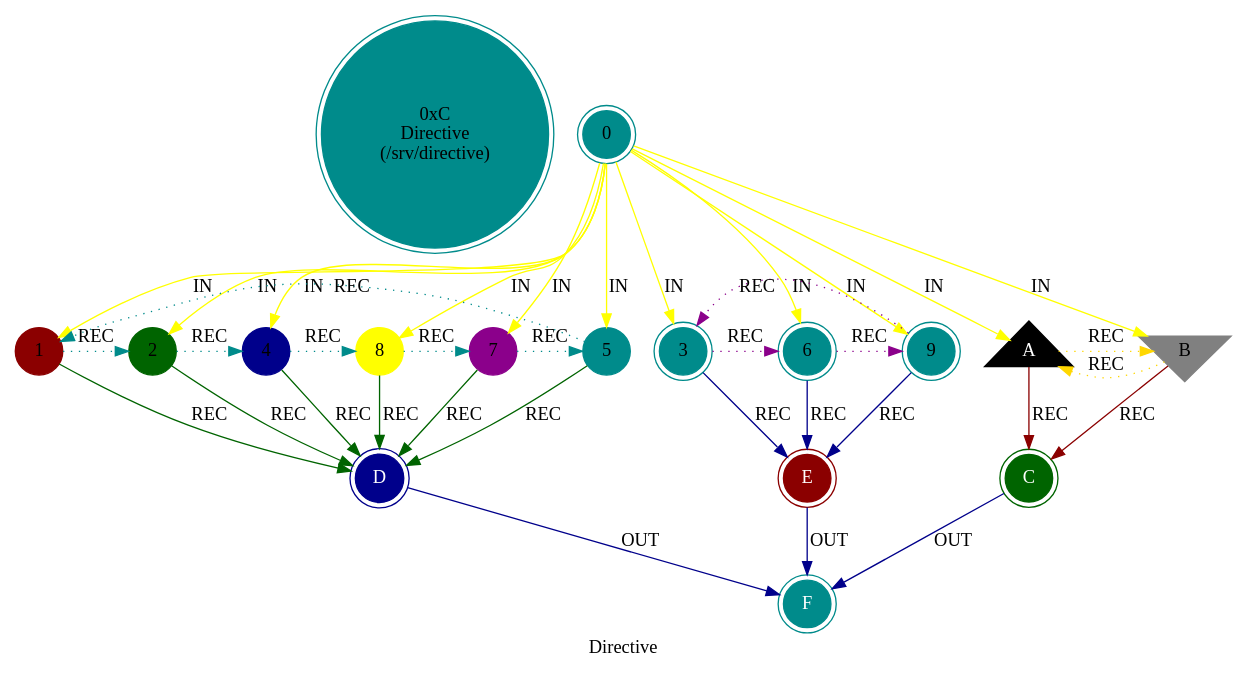
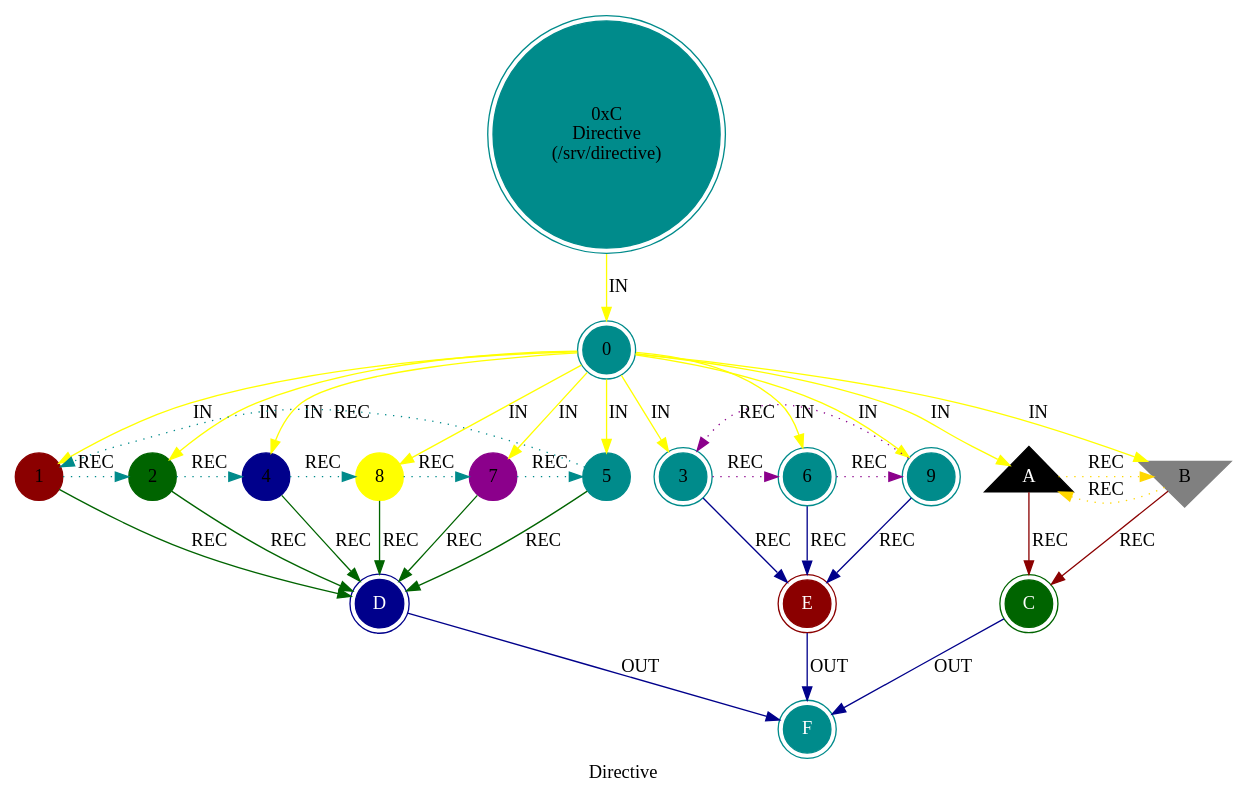
One commit to cilang/mythos changed the diagram in src/core/mythos_srv_directive.dot. Above: the diagram before and after it, drawn with Graphviz. The commit also changed 5 other files, not shown here.

```diff
--- a/src/core/mythos_srv_directive.dot
+++ b/src/core/mythos_srv_directive.dot
@@ -1,44 +1,44 @@
 digraph G {
     label = "Directive";
     style = filled;
     color = red;
     comment = "";
     node [shape = circle; style = filled; color = darkcyan;];
     
     spark_c_mythos_t [label = "0xC\nDirective\n(/srv/directive)";shape = doublecircle;];
     
     // The Sacred 3-6-9 (Boundary of Perception).
     // "If you knew the magnificence of 3, 6, and 9, you would have a key to the universe." — Tesla.
     // The 1-2-4-8-7-5 Vortex (Boundary of Comprehension).
-    spark_0_t [label = "0";shape = doublecircle;comment = "";];
-    spark_1_t [label = "1";shape = circle;color = darkred;comment = "";];
-    spark_2_t [label = "2";shape = circle;color = darkgreen;comment = "";];
-    spark_4_t [label = "4";shape = circle;color = darkblue;comment = "";];
-    spark_8_t [label = "8";shape = circle;color = yellow;comment = "";];
-    spark_7_t [label = "7";shape = circle;color = darkmagenta;comment = "";];
-    spark_5_t [label = "5";shape = circle;color = darkcyan;comment = "";];
-    spark_3_t [label = "3";shape = doublecircle;comment = "";];
-    spark_6_t [label = "6";shape = doublecircle;comment = "";];
-    spark_9_t [label = "9";shape = doublecircle;comment = "";];
-    spark_a_t [label = "A";shape = triangle;color = black;fontcolor = white;comment = "";];
-    spark_b_t [label = "B";shape = invtriangle;color = grey;comment = "";];
-    spark_c_t [label = "C";shape = doublecircle;color = darkgreen;style = filled;fontcolor = white;];
-    spark_d_t [label = "D";shape = doublecircle;color = darkblue;style = filled;fontcolor = white;];
-    spark_e_t [label = "E";shape = doublecircle;color = darkred;style = filled;fontcolor = white;];
-    spark_f_t [label = "F";shape = doublecircle;color = darkcyan;style = filled;fontcolor = white;];
+    spark_0_directive_t [label = "0";shape = doublecircle;comment = "";];
+    spark_1_directive_t [label = "1";shape = circle;color = darkred;comment = "";];
+    spark_2_directive_t [label = "2";shape = circle;color = darkgreen;comment = "";];
+    spark_4_directive_t [label = "4";shape = circle;color = darkblue;comment = "";];
+    spark_8_directive_t [label = "8";shape = circle;color = yellow;comment = "";];
+    spark_7_directive_t [label = "7";shape = circle;color = darkmagenta;comment = "";];
+    spark_5_directive_t [label = "5";shape = circle;color = darkcyan;comment = "";];
+    spark_3_directive_t [label = "3";shape = doublecircle;comment = "";];
+    spark_6_directive_t [label = "6";shape = doublecircle;comment = "";];
+    spark_9_directive_t [label = "9";shape = doublecircle;comment = "";];
+    spark_a_directive_t [label = "A";shape = triangle;color = black;fontcolor = white;comment = "";];
+    spark_b_directive_t [label = "B";shape = invtriangle;color = grey;comment = "";];
+    spark_c_directive_t [label = "C";shape = doublecircle;color = darkgreen;style = filled;fontcolor = white;];
+    spark_d_directive_t [label = "D";shape = doublecircle;color = darkblue;style = filled;fontcolor = white;];
+    spark_e_directive_t [label = "E";shape = doublecircle;color = darkred;style = filled;fontcolor = white;];
+    spark_f_directive_t [label = "F";shape = doublecircle;color = darkcyan;style = filled;fontcolor = white;];
     
     // IN = Input
     // OUT = Output
     // REC = Recursion
-    spark_0_t -> {spark_a_t spark_b_t spark_1_t spark_2_t spark_3_t spark_4_t spark_5_t spark_6_t spark_7_t spark_8_t spark_9_t} [label = "IN"; color = yellow; comment = "";];
+    spark_c_mythos_t -> spark_0_directive_t -> {spark_a_directive_t spark_b_directive_t spark_1_directive_t spark_2_directive_t spark_3_directive_t spark_4_directive_t spark_5_directive_t spark_6_directive_t spark_7_directive_t spark_8_directive_t spark_9_directive_t} [label = "IN"; color = yellow; comment = "";];
     
-    {spark_a_t spark_b_t} -> spark_c_t [label = "REC"; color = darkred; comment = "";];
-    {spark_1_t spark_2_t spark_4_t spark_8_t spark_7_t spark_5_t} -> spark_d_t [label = "REC"; color = darkgreen; comment = "";];
-    {spark_3_t spark_6_t spark_9_t} -> spark_e_t [label = "REC"; color = darkblue; comment = "";];
+    {spark_a_directive_t spark_b_directive_t} -> spark_c_directive_t [label = "REC"; color = darkred; comment = "";];
+    {spark_1_directive_t spark_2_directive_t spark_4_directive_t spark_8_directive_t spark_7_directive_t spark_5_directive_t} -> spark_d_directive_t [label = "REC"; color = darkgreen; comment = "";];
+    {spark_3_directive_t spark_6_directive_t spark_9_directive_t} -> spark_e_directive_t [label = "REC"; color = darkblue; comment = "";];
     
-    spark_1_t -> spark_2_t -> spark_4_t -> spark_8_t -> spark_7_t -> spark_5_t -> spark_1_t [label = "REC"; color = darkcyan; comment = ""; style = dotted; constraint = false;];
-    spark_3_t -> spark_6_t -> spark_9_t -> spark_3_t [label = "REC"; color = darkmagenta; comment = ""; style = dotted; constraint = false;];
-    spark_a_t -> spark_b_t -> spark_a_t [label = "REC"; color = gold; comment = ""; style = dotted; constraint = false;];
+    spark_1_directive_t -> spark_2_directive_t -> spark_4_directive_t -> spark_8_directive_t -> spark_7_directive_t -> spark_5_directive_t -> spark_1_directive_t [label = "REC"; color = darkcyan; comment = ""; style = dotted; constraint = false;];
+    spark_3_directive_t -> spark_6_directive_t -> spark_9_directive_t -> spark_3_directive_t [label = "REC"; color = darkmagenta; comment = ""; style = dotted; constraint = false;];
+    spark_a_directive_t -> spark_b_directive_t -> spark_a_directive_t [label = "REC"; color = gold; comment = ""; style = dotted; constraint = false;];
     
-    {spark_c_t spark_d_t spark_e_t} -> spark_f_t [label = "OUT"; color = darkblue; comment = "";];
+    {spark_c_directive_t spark_d_directive_t spark_e_directive_t} -> spark_f_directive_t [label = "OUT"; color = darkblue; comment = "";];
 }
```
